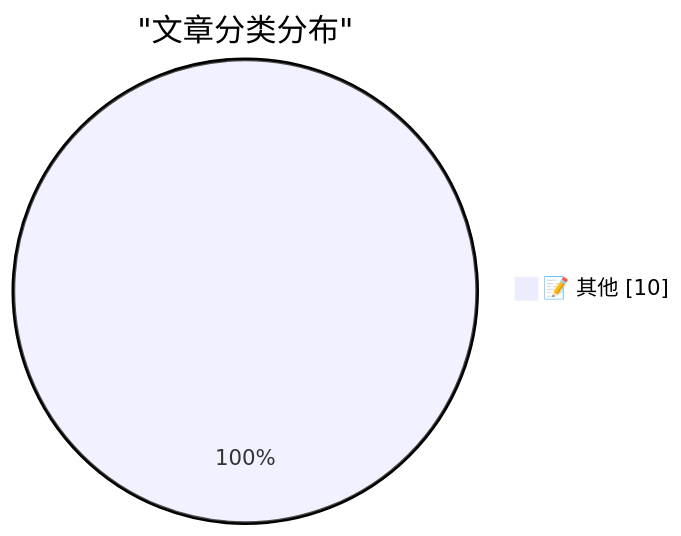
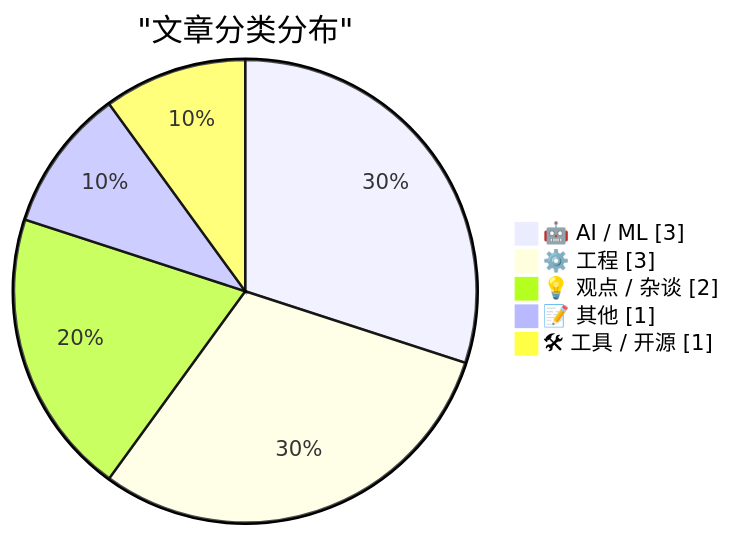
The first of 2 diagrams in content/ai-daily/2026-06-18.md (originem0/SZBlog), drawn with Mermaid before and after one commit. The commit also changed other lines of this file, not shown here.

````diff
--- a/content/ai-daily/2026-06-18.md
+++ b/content/ai-daily/2026-06-18.md
@@ -42,5 +54,9 @@
 ```mermaid
 pie showData
     title "文章分类分布"
-    "📝 其他" : 10
+    "🤖 AI / ML" : 3
+    "⚙️ 工程" : 3
+    "💡 观点 / 杂谈" : 2
+    "📝 其他" : 1
+    "🛠 工具 / 开源" : 1
 ```
````
